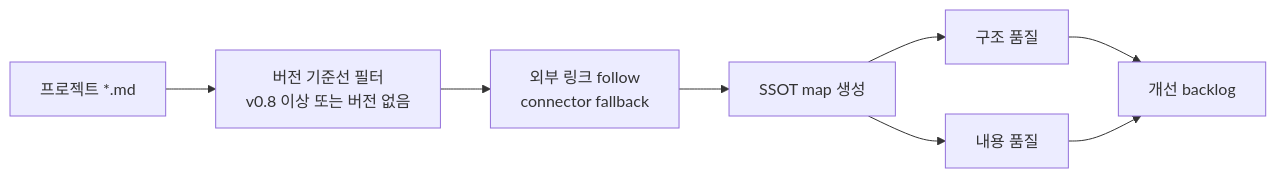
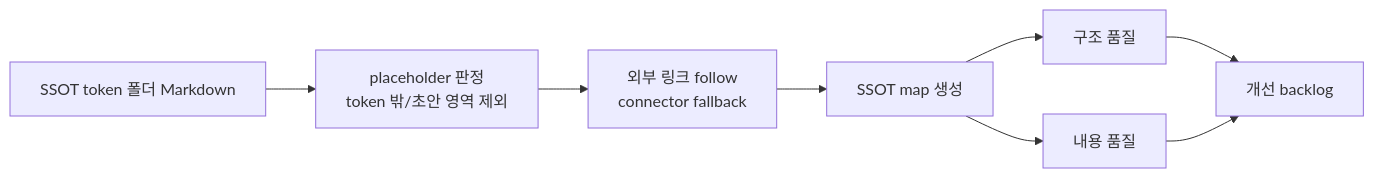
The seventh of 7 diagrams in planning-kit/docs/planning-kit-workflow-guide.md (inkwonjung-colosseum/plugins), drawn with Mermaid before and after one commit. The commit also changed other lines of this file and 24 other files, not shown here.

````diff
--- a/planning-kit/docs/planning-kit-workflow-guide.md
+++ b/planning-kit/docs/planning-kit-workflow-guide.md
@@ -261,10 +262,10 @@
 ```mermaid
 flowchart LR
-  A["프로젝트 *.md"] --> B["버전 기준선 필터<br/>v0.8 이상 또는 버전 없음"]
+  A["SSOT token 폴더 Markdown"] --> B["placeholder 판정<br/>token 밖/초안 영역 제외"]
   B --> C["외부 링크 follow<br/>connector fallback"]
   C --> D["SSOT map 생성"]
   D --> E["구조 품질"]
   D --> F["내용 품질"]
   E --> G["개선 backlog"]
   F --> G
 ```
````
